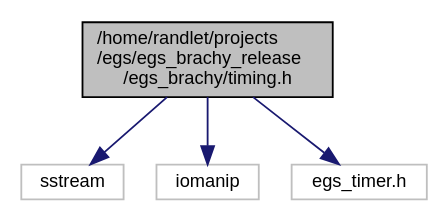
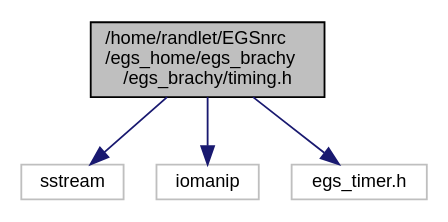
One commit to clrp-code/egs_brachy changed the diagram in docs/timing_8h__incl.dot. Above: the diagram before and after it, drawn with Graphviz. The commit also changed 675 other files, not shown here.

```diff
--- a/docs/timing_8h__incl.dot
+++ b/docs/timing_8h__incl.dot
@@ -1,12 +1,12 @@
-digraph "/home/randlet/projects/egs/egs_brachy_release/egs_brachy/timing.h"
+digraph "/home/randlet/EGSnrc/egs_home/egs_brachy/egs_brachy/timing.h"
 {
   edge [fontname="Helvetica",fontsize="10",labelfontname="Helvetica",labelfontsize="10"];
   node [fontname="Helvetica",fontsize="10",shape=record];
-  Node1 [label="/home/randlet/projects\l/egs/egs_brachy_release\l/egs_brachy/timing.h",height=0.2,width=0.4,color="black", fillcolor="grey75", style="filled", fontcolor="black"];
+  Node1 [label="/home/randlet/EGSnrc\l/egs_home/egs_brachy\l/egs_brachy/timing.h",height=0.2,width=0.4,color="black", fillcolor="grey75", style="filled", fontcolor="black"];
   Node1 -> Node2 [color="midnightblue",fontsize="10",style="solid",fontname="Helvetica"];
   Node2 [label="sstream",height=0.2,width=0.4,color="grey75", fillcolor="white", style="filled"];
   Node1 -> Node3 [color="midnightblue",fontsize="10",style="solid",fontname="Helvetica"];
   Node3 [label="iomanip",height=0.2,width=0.4,color="grey75", fillcolor="white", style="filled"];
   Node1 -> Node4 [color="midnightblue",fontsize="10",style="solid",fontname="Helvetica"];
   Node4 [label="egs_timer.h",height=0.2,width=0.4,color="grey75", fillcolor="white", style="filled"];
 }
```
